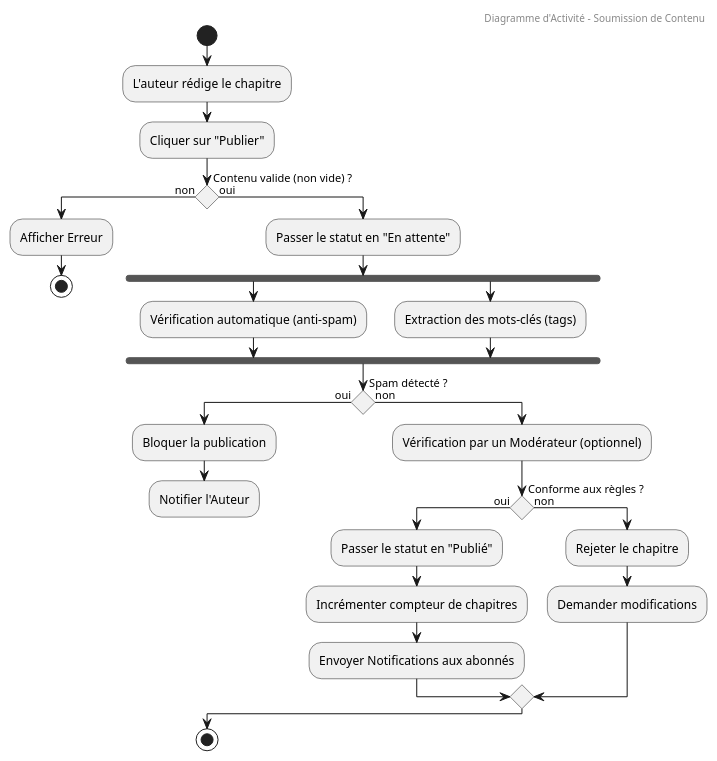
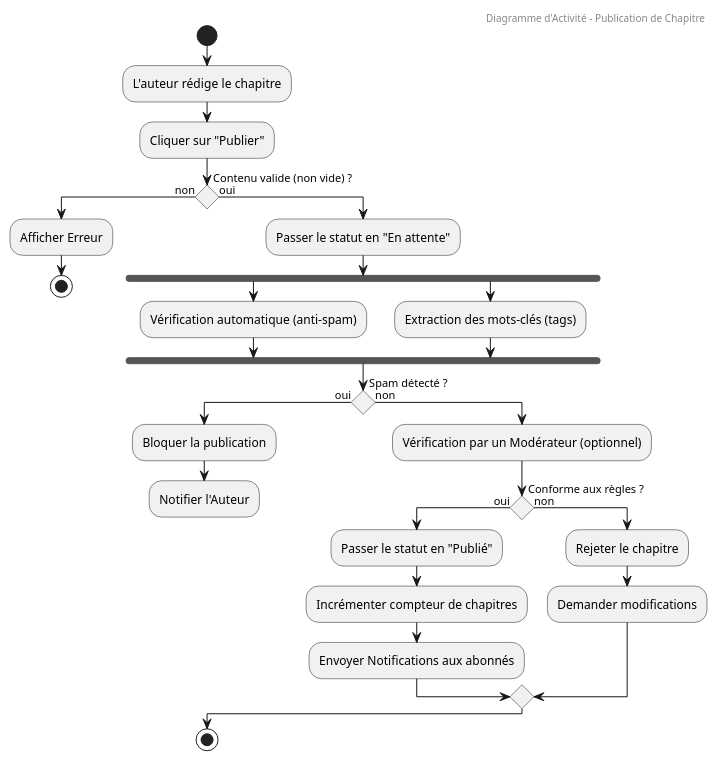
One commit to matthieuzajac/UML_project changed the diagram in src/Activity/soumission.wsd. Above: the diagram before and after it, drawn with PlantUML. The commit also changed 11 other files, not shown here.

Commit message:
Simplify use case diagram and align diagram titles

```diff
--- a/src/Activity/soumission.wsd
+++ b/src/Activity/soumission.wsd
@@ -1,40 +1,40 @@
 @startuml activity diagram
-header Diagramme d'Activité - Soumission de Contenu
+header Diagramme d'Activité - Publication de Chapitre
 skinparam conditionStyle diamond
 
 start
 
 :L'auteur rédige le chapitre;
 :Cliquer sur "Publier";
 
 if (Contenu valide (non vide) ?) then (non)
   :Afficher Erreur;
   stop
 else (oui)
   :Passer le statut en "En attente";
   
   fork
     :Vérification automatique (anti-spam);
   fork again
     :Extraction des mots-clés (tags);
   end fork
 
   if (Spam détecté ?) then (oui)
     :Bloquer la publication;
     :Notifier l'Auteur;
     detach
   else (non)
     :Vérification par un Modérateur (optionnel);
     if (Conforme aux règles ?) then (oui)
       :Passer le statut en "Publié";
       :Incrémenter compteur de chapitres;
       :Envoyer Notifications aux abonnés;
     else (non)
       :Rejeter le chapitre;
       :Demander modifications;
     endif
   endif
 endif
 
 stop
 @enduml
```
